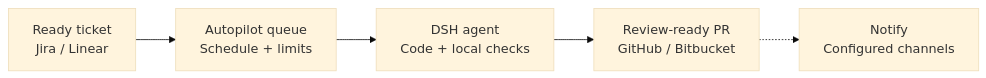
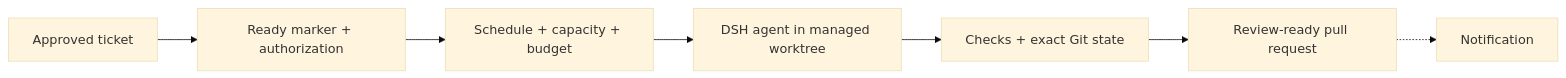
Before and after one commit to canhta/dsh-autopilot: the diagram in README.md, drawn with Mermaid (base theme). The commit also changed other lines of this file and 201 other files, not shown here.

Commit message:
feat: deliver Autopilot operations and DSH Web experience

````diff
--- a/README.md
+++ b/README.md
@@ -30,14 +37,9 @@
 ```mermaid
 flowchart LR
-    accTitle: From approved ticket to review-ready pull request
-    accDescr: Approved tickets enter the Autopilot queue. DSH executes eligible work under schedule, capacity and budget limits. Verified local work becomes a review-ready pull request. Notifications are delivered independently after PR creation.
-
-    ticket["Ready ticket<br/>Jira / Linear"]
-    queue["Autopilot queue<br/>Schedule + limits"]
-    agent["DSH agent<br/>Code + local checks"]
-    pr["Review-ready PR<br/>GitHub / Bitbucket"]
-    notify["Notify<br/>Configured channels"]
-
-    ticket --> queue --> agent --> pr
-    pr -.-> notify
+    ticket["Approved ticket"] --> gate["Ready marker + authorization"]
+    gate --> queue["Schedule + capacity + budget"]
+    queue --> dsh["DSH agent in managed worktree"]
+    dsh --> verify["Checks + exact Git state"]
+    verify --> pr["Review-ready pull request"]
+    pr -.-> notify["Notification"]
 ```
````
